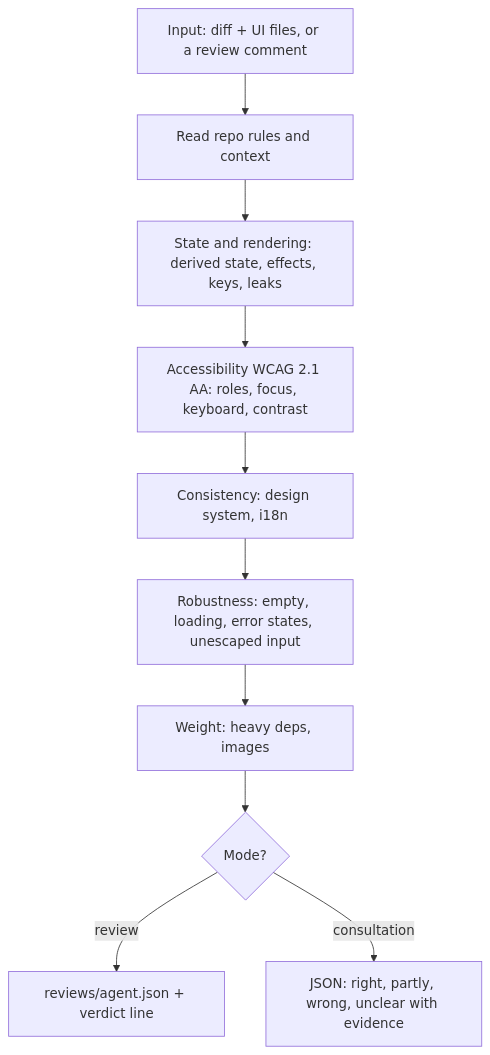
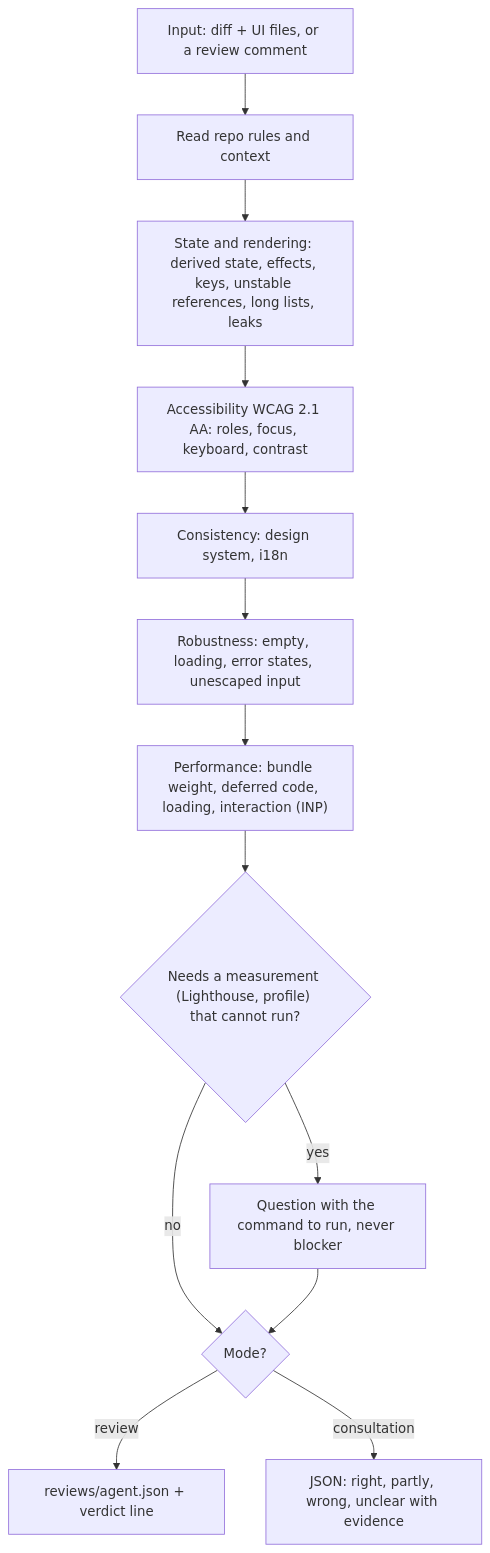
The fourth of 10 diagrams in src/agents/review/SCHEMA.md (nicolasmondain/adorno), drawn with Mermaid before and after one commit. The commit also changed other lines of this file and 718 other files, not shown here.

````diff
--- a/src/agents/review/SCHEMA.md
+++ b/src/agents/review/SCHEMA.md
@@ -57,12 +61,15 @@
 ```mermaid
 flowchart TD
   A["Input: diff + UI files, or a review comment"] --> B["Read repo rules and context"]
-  B --> C["State and rendering: derived state, effects, keys, leaks"]
+  B --> C["State and rendering: derived state, effects, keys, unstable references, long lists, leaks"]
   C --> D["Accessibility WCAG 2.1 AA: roles, focus, keyboard, contrast"]
   D --> E["Consistency: design system, i18n"]
   E --> F["Robustness: empty, loading, error states, unescaped input"]
-  F --> G["Weight: heavy deps, images"]
-  G --> H{"Mode?"}
+  F --> G["Performance: bundle weight, deferred code, loading, interaction (INP)"]
+  G --> P{"Needs a measurement (Lighthouse, profile) that cannot run?"}
+  P -->|"yes"| Q["Question with the command to run, never blocker"]
+  P -->|"no"| H{"Mode?"}
+  Q --> H
   H -->|"review"| I["reviews/agent.json + verdict line"]
   H -->|"consultation"| J["JSON: right, partly, wrong, unclear with evidence"]
 ```
````
